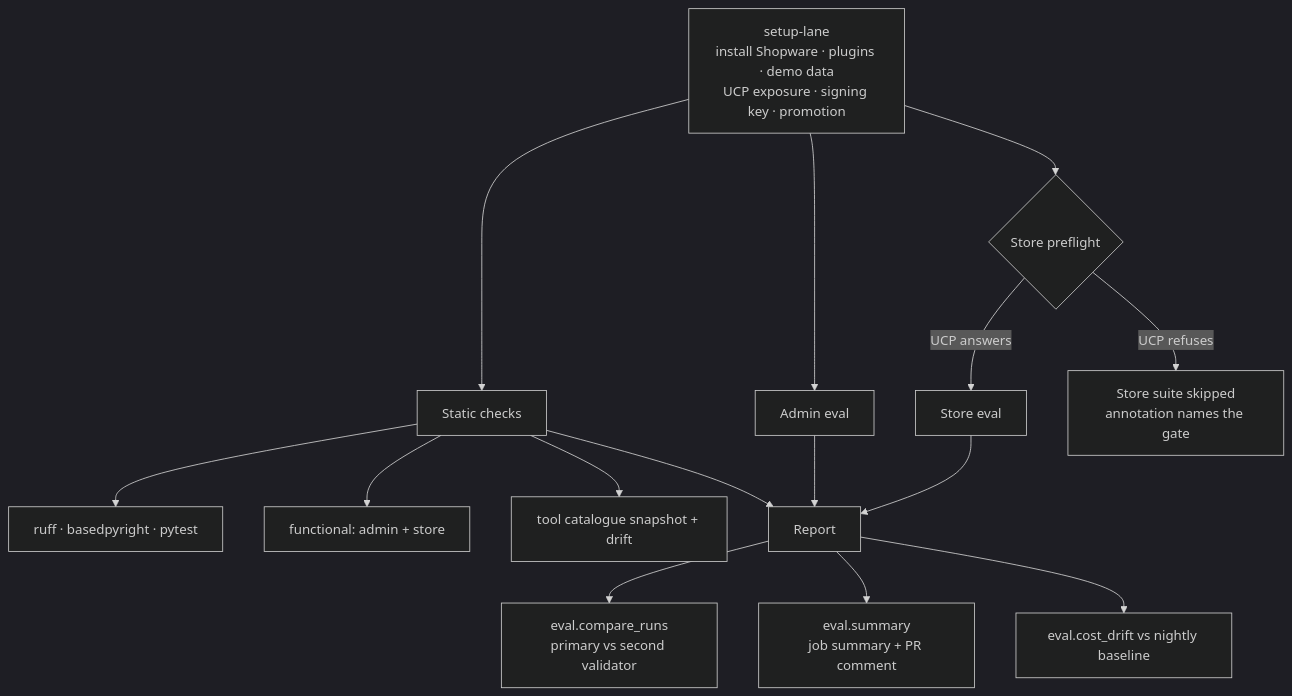
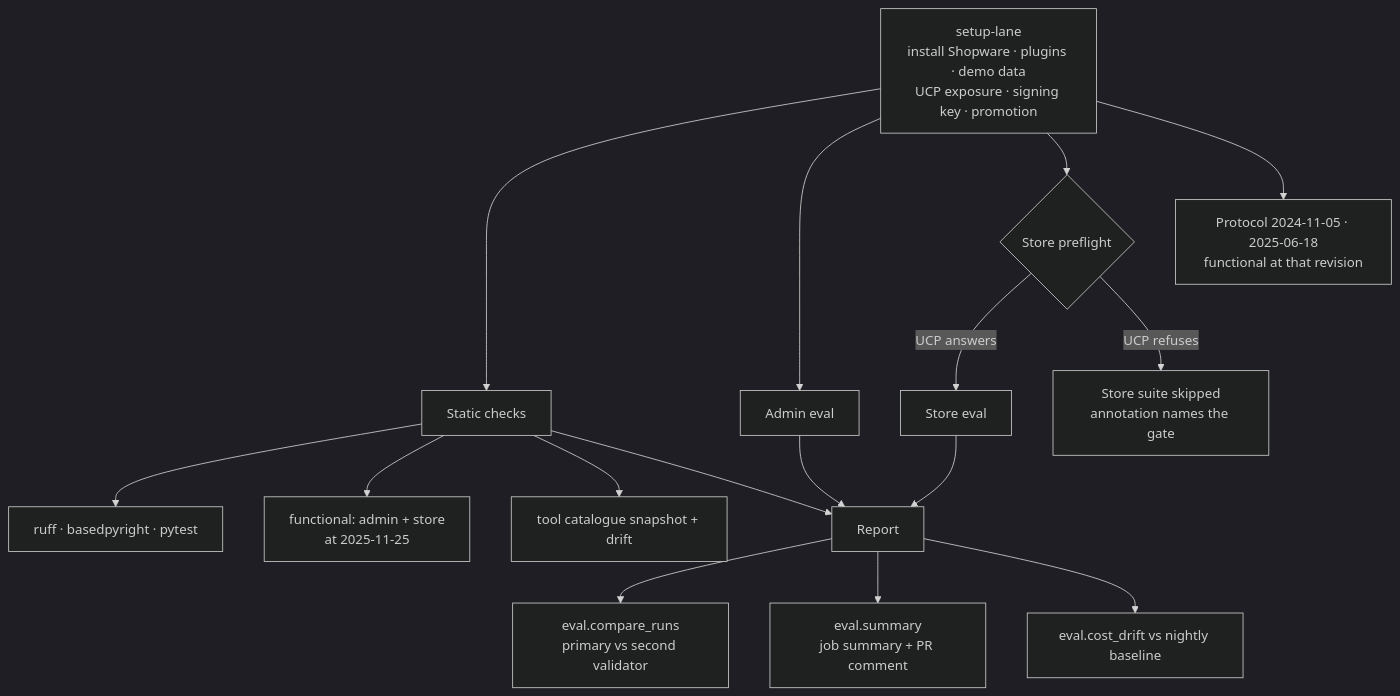
The first of 2 diagrams in AGENTS.md (shopware/shopware-mcp-evals), drawn with Mermaid (dark theme) before and after one commit. The commit also changed other lines of this file and 4 other files, not shown here.

First line of the commit message:
ci: run the functional suite once per protocol revision

````diff
--- a/AGENTS.md
+++ b/AGENTS.md
@@ -16,20 +16,21 @@
 ```mermaid
 flowchart TD
     A[setup-lane<br/>install Shopware · plugins · demo data<br/>UCP exposure · signing key · promotion] --> B[Static checks]
     A --> C[Admin eval]
     A --> D{Store preflight}
 
     B --> B1[ruff · basedpyright · pytest]
-    B --> B2[functional: admin + store]
+    B --> B2[functional: admin + store<br/>at 2025-11-25]
+    A --> G[Protocol 2024-11-05 · 2025-06-18<br/>functional at that revision]
     B --> B3[tool catalogue snapshot + drift]
 
     D -->|UCP answers| E[Store eval]
     D -->|UCP refuses| E2[Store suite skipped<br/>annotation names the gate]
 
     C --> F[Report]
     E --> F
     B --> F
     F --> F1[eval.compare_runs<br/>primary vs second validator]
     F --> F2[eval.summary<br/>job summary + PR comment]
     F --> F3[eval.cost_drift vs nightly baseline]
 ```
````
